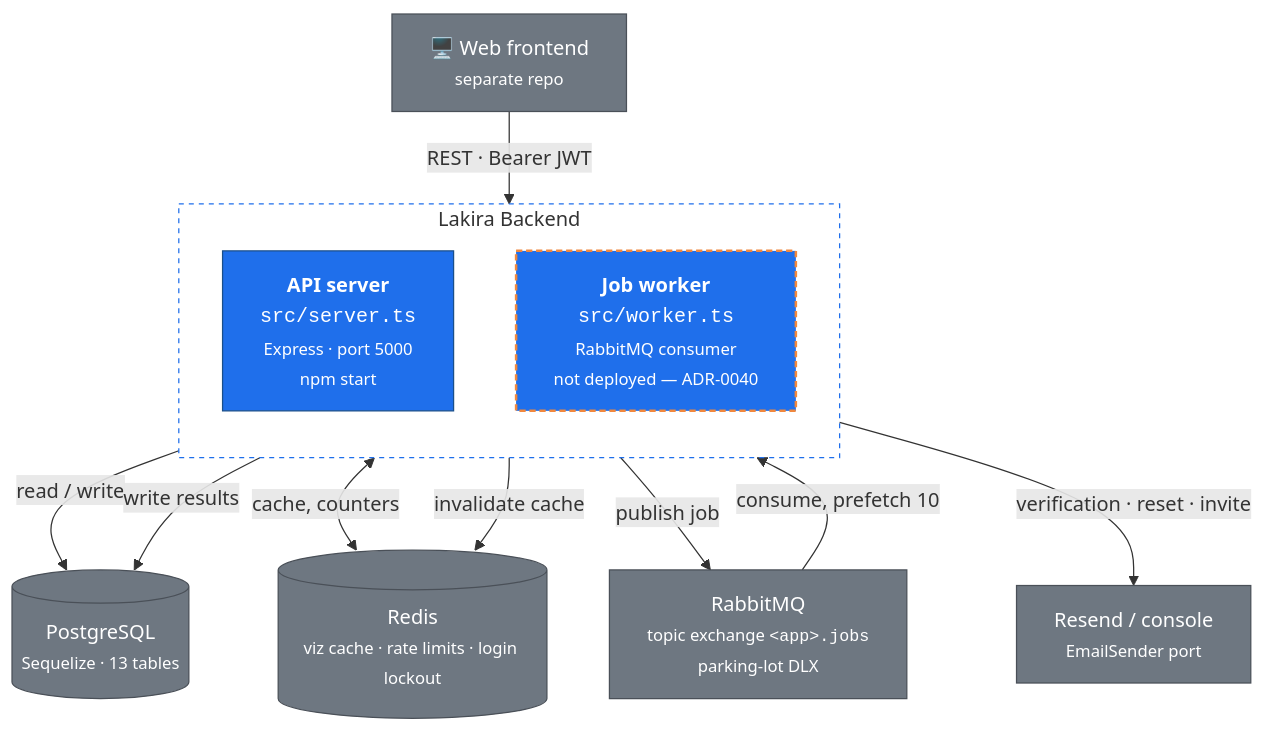
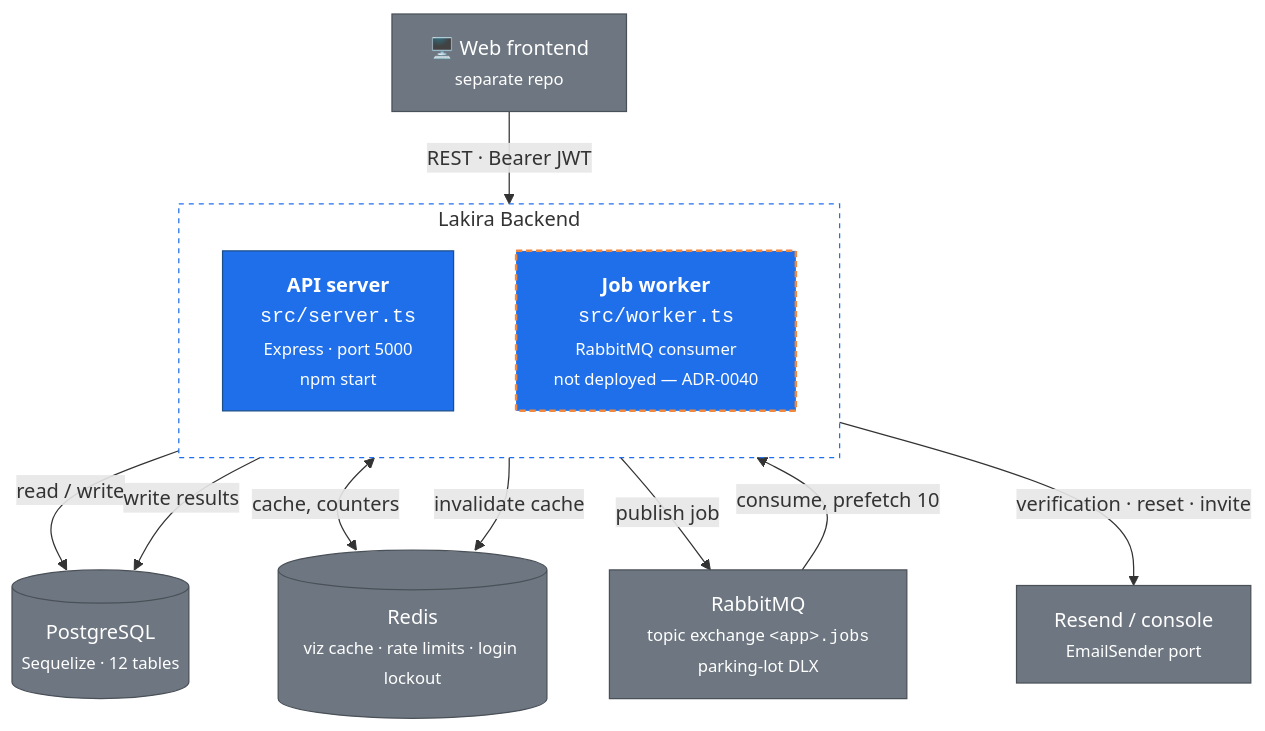
The first of 2 diagrams in docs/explanation/architecture/c4-containers.md (dimaszisby/lakira-backend), drawn with Mermaid before and after one commit. The commit also changed other lines of this file and 117 other files, not shown here.

````diff
--- a/docs/explanation/architecture/c4-containers.md
+++ b/docs/explanation/architecture/c4-containers.md
@@ -13,34 +14,34 @@
 ```mermaid
 graph TB
     web["🖥️ Web frontend<br/><small>separate repo</small>"]
 
     subgraph sys ["Lakira Backend"]
         direction TB
         api["<b>API server</b><br/><code>src/server.ts</code><br/><small>Express · port 5000<br/>npm start</small>"]
         worker["<b>Job worker</b><br/><code>src/worker.ts</code><br/><small>RabbitMQ consumer<br/>not deployed — ADR-0040</small>"]
     end
 
-    pg[("PostgreSQL<br/><small>Sequelize · 13 tables</small>")]
+    pg[("PostgreSQL<br/><small>Sequelize · 12 tables</small>")]
     redis[("Redis<br/><small>viz cache · rate limits · login lockout</small>")]
     mq["RabbitMQ<br/><small>topic exchange <code>&lt;app&gt;.jobs</code><br/>parking-lot DLX</small>"]
     mail["Resend / console<br/><small>EmailSender port</small>"]
 
     web -->|"REST · Bearer JWT"| api
 
     api -->|"read / write"| pg
     api <-->|"cache, counters"| redis
     api -->|"publish job"| mq
     api -->|"verification · reset · invite"| mail
 
     mq -->|"consume, prefetch 10"| worker
     worker -->|"write results"| pg
     worker -->|"invalidate cache"| redis
 
     classDef proc fill:#1f6feb,stroke:#1a4f8a,color:#fff
     classDef undeployed fill:#1f6feb,stroke:#f0883e,stroke-width:2px,stroke-dasharray:5 3,color:#fff
     classDef store fill:#6e7781,stroke:#4a5058,color:#fff
     class api proc
     class worker undeployed
     class pg,redis,mq,mail,web store
     style sys fill:none,stroke:#1f6feb,stroke-dasharray:4 4
 ```
````
